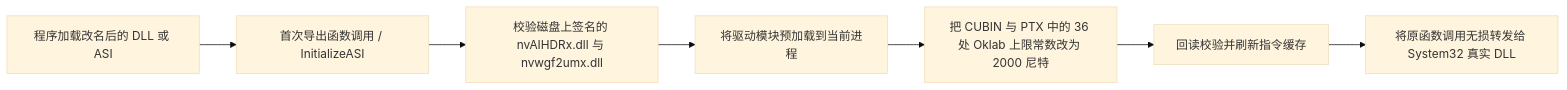
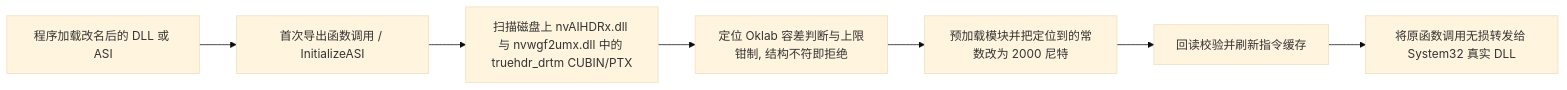
Before and after one commit to EdLovecraft/rtx-hdr-unlock: the diagram in README.zh-CN.md, drawn with Mermaid (base theme). The commit also changed other lines of this file and 8 other files, not shown here.

````diff
--- a/README.zh-CN.md
+++ b/README.zh-CN.md
@@ -72,9 +72,9 @@
 ```mermaid
 flowchart LR
   A[程序加载改名后的 DLL 或 ASI] --> B[首次导出函数调用 / InitializeASI]
-  B --> C[校验磁盘上签名的 nvAIHDRx.dll 与 nvwgf2umx.dll]
-  C --> D[将驱动模块预加载到当前进程]
-  D --> E[把 CUBIN 与 PTX 中的 36 处 Oklab 上限常数改为 2000 尼特]
+  B --> C[扫描磁盘上 nvAIHDRx.dll 与 nvwgf2umx.dll 中的 truehdr_drtm CUBIN/PTX]
+  C --> D[定位 Oklab 容差判断与上限钳制, 结构不符即拒绝]
+  D --> E[预加载模块并把定位到的常数改为 2000 尼特]
   E --> F[回读校验并刷新指令缓存]
   F --> G[将原函数调用无损转发给 System32 真实 DLL]
 ```
````
